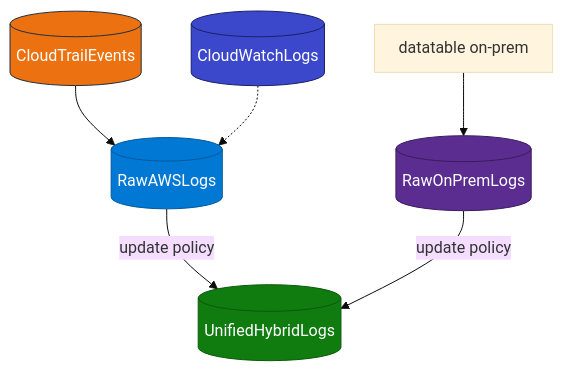
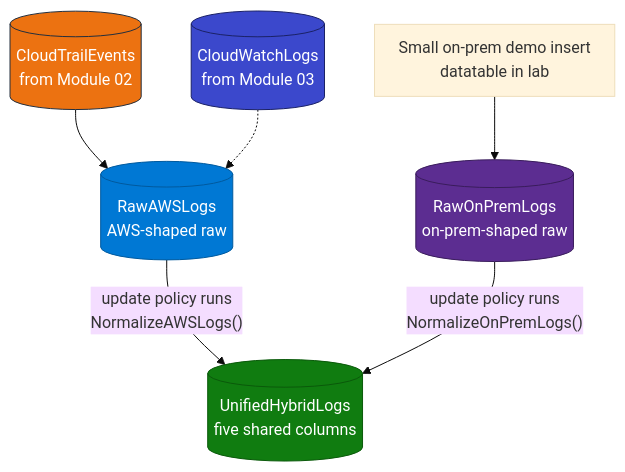
Before and after one commit to atingupta2005/adx-aws-training-aug-26: the diagram in Module_04_Hybrid_Architecture/04_Hybrid_Log_Ingestion_Concepts.md, drawn with Mermaid. The commit also changed other lines of this file and 5 other files, not shown here.

````diff
--- a/Module_04_Hybrid_Architecture/04_Hybrid_Log_Ingestion_Concepts.md
+++ b/Module_04_Hybrid_Architecture/04_Hybrid_Log_Ingestion_Concepts.md
@@ -19,20 +87,20 @@
 ```mermaid
 %%{init: {"theme":"base","flowchart":{"htmlLabels":true,"padding":12}}}%%
 flowchart TB
-  CT[("CloudTrailEvents")]
-  CW[("CloudWatchLogs")]
-  RAW_AWS[("RawAWSLogs")]
-  DT["datatable on-prem"]
-  RAW_OP[("RawOnPremLogs")]
-  UNI[("UnifiedHybridLogs")]
+  CT[("CloudTrailEvents<br/>from Module 02")]
+  CW[("CloudWatchLogs<br/>from Module 03")]
+  RAW_AWS[("RawAWSLogs<br/>AWS-shaped raw")]
+  DT["Small on-prem demo insert<br/>datatable in lab"]
+  RAW_OP[("RawOnPremLogs<br/>on-prem-shaped raw")]
+  UNI[("UnifiedHybridLogs<br/>five shared columns")]
   CT --> RAW_AWS
   CW -.-> RAW_AWS
   DT --> RAW_OP
-  RAW_AWS -->|"update policy"| UNI
-  RAW_OP -->|"update policy"| UNI
+  RAW_AWS -->|"update policy runs<br/>NormalizeAWSLogs()"| UNI
+  RAW_OP -->|"update policy runs<br/>NormalizeOnPremLogs()"| UNI
   style CT fill:#EC7211,stroke:#232F3E,color:#fff
   style CW fill:#3B48CC,stroke:#1B2266,color:#fff
   style RAW_AWS fill:#0078D4,stroke:#005A9E,color:#fff
   style RAW_OP fill:#5C2D91,stroke:#3A1D5C,color:#fff
   style UNI fill:#107C10,stroke:#0B5A0B,color:#fff
 ```
````
